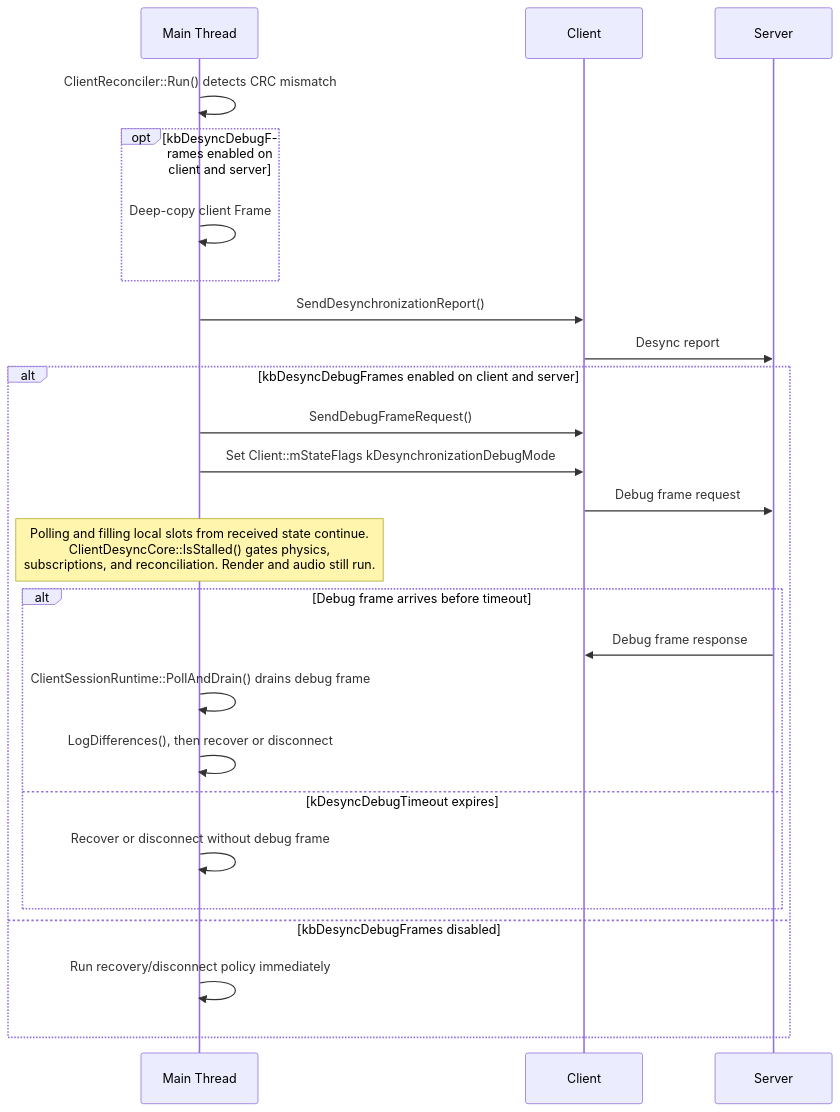
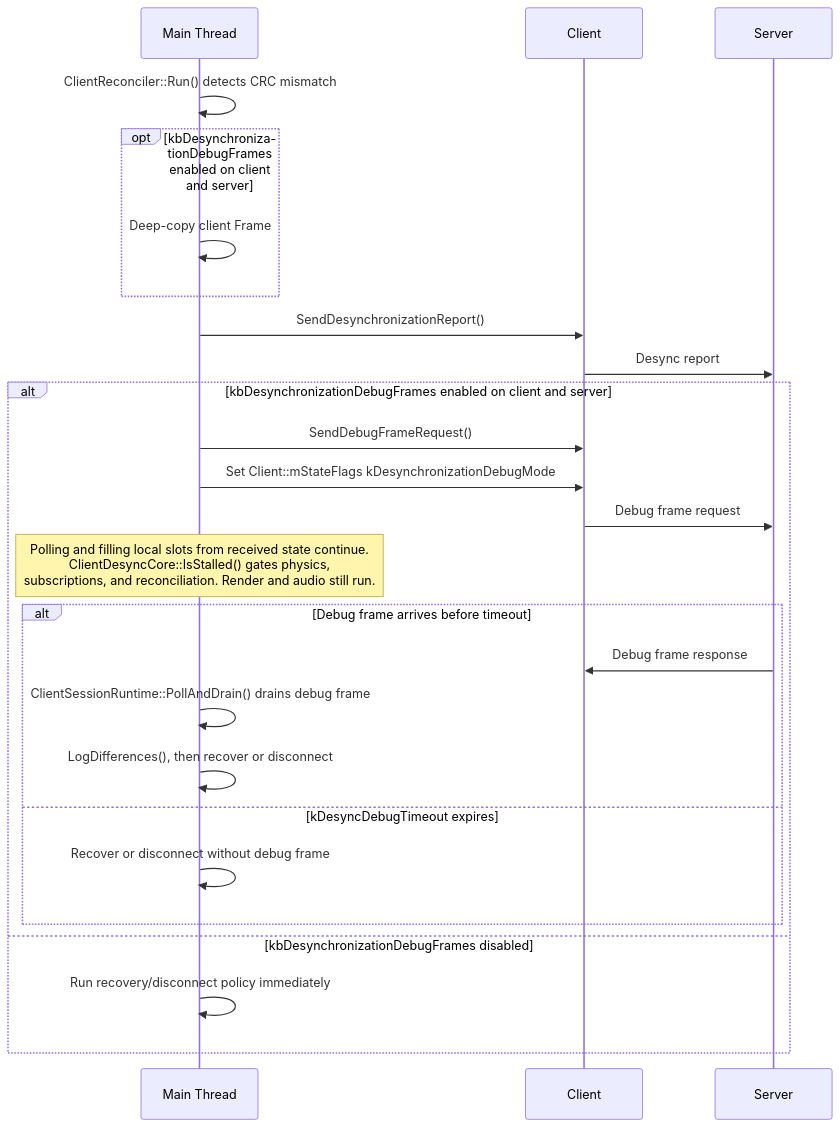
Before and after one commit to DougTanner/BrokenEngine: the fourth of 5 diagrams in Documents/Architecture/GameReconciliation.md, drawn with Mermaid. The commit also changed other lines of this file and 157 other files, not shown here.

````diff
--- a/Documents/Architecture/GameReconciliation.md
+++ b/Documents/Architecture/GameReconciliation.md
@@ -133,30 +133,30 @@
 ```mermaid
 %%{init: {'theme': 'default'}}%%
 sequenceDiagram
     participant Main as Main Thread
     participant Net as Client
     participant Server
 
     Main->>Main: ClientReconciler::Run() detects CRC mismatch
-    opt kbDesyncDebugFrames enabled on client and server
+    opt kbDesynchronizationDebugFrames enabled on client and server
         Main->>Main: Deep-copy client Frame
     end
     Main->>Net: SendDesynchronizationReport()
     Net->>Server: Desync report
 
-    alt kbDesyncDebugFrames enabled on client and server
+    alt kbDesynchronizationDebugFrames enabled on client and server
         Main->>Net: SendDebugFrameRequest()
         Main->>Net: Set Client::mStateFlags kDesynchronizationDebugMode
         Net->>Server: Debug frame request
         Note over Main: Polling and filling local slots from received state continue.<br/>ClientDesyncCore::IsStalled() gates physics,<br/>subscriptions, and reconciliation. Render and audio still run.
         alt Debug frame arrives before timeout
             Server->>Net: Debug frame response
             Main->>Main: ClientSessionRuntime::PollAndDrain() drains debug frame
             Main->>Main: LogDifferences(), then recover or disconnect
         else kDesyncDebugTimeout expires
             Main->>Main: Recover or disconnect without debug frame
         end
-    else kbDesyncDebugFrames disabled
+    else kbDesynchronizationDebugFrames disabled
         Main->>Main: Run recovery/disconnect policy immediately
     end
 ```
````
